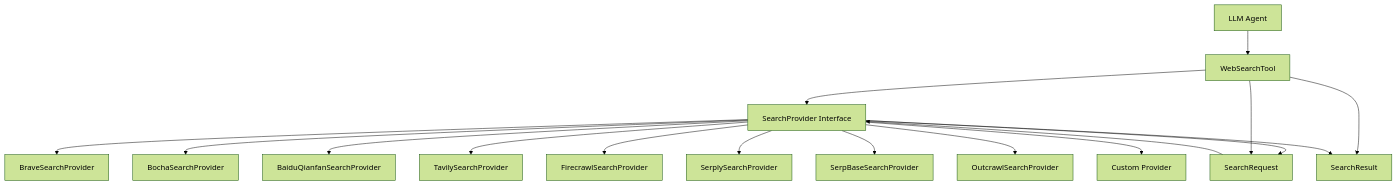
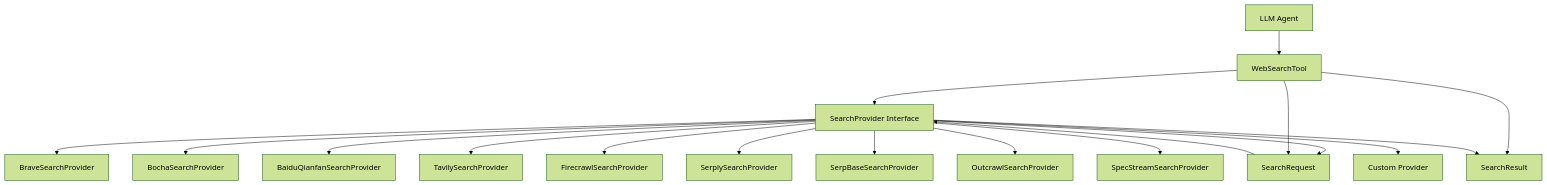
The first of 2 diagrams in docs/zh/chat/websearch.md (agents-flex/agents-flex), drawn with Mermaid (forest theme) before and after one commit. The commit also changed other lines of this file and 2 other files, not shown here.

Commit message:
feat(websearch): add SpecStream search provider

````diff
--- a/docs/zh/chat/websearch.md
+++ b/docs/zh/chat/websearch.md
@@ -66,21 +66,22 @@
 ```mermaid
 graph TB
     A[LLM Agent] --> B[WebSearchTool]
     B --> C[SearchProvider Interface]
     C --> D[BraveSearchProvider]
     C --> E[BochaSearchProvider]
     C --> F[BaiduQianfanSearchProvider]
     C --> G[TavilySearchProvider]
     C --> H[FirecrawlSearchProvider]
     C --> J[YouSearchProvider]
     C --> L[SerplySearchProvider]
     C --> M[SerpBaseSearchProvider]
     C --> N[OutcrawlSearchProvider]
+    C --> O[SpecStreamSearchProvider]
     C --> I[Custom Provider]
 
     B --> J[SearchRequest]
     B --> K[SearchResult]
 
     J --> C
     C --> K
 ```
````
